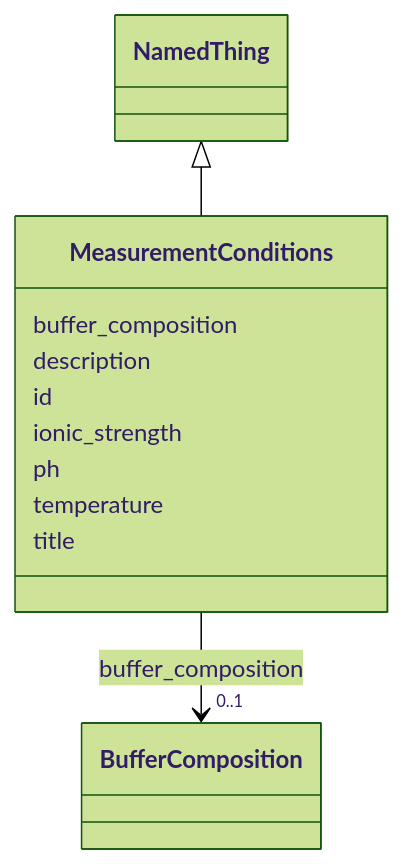
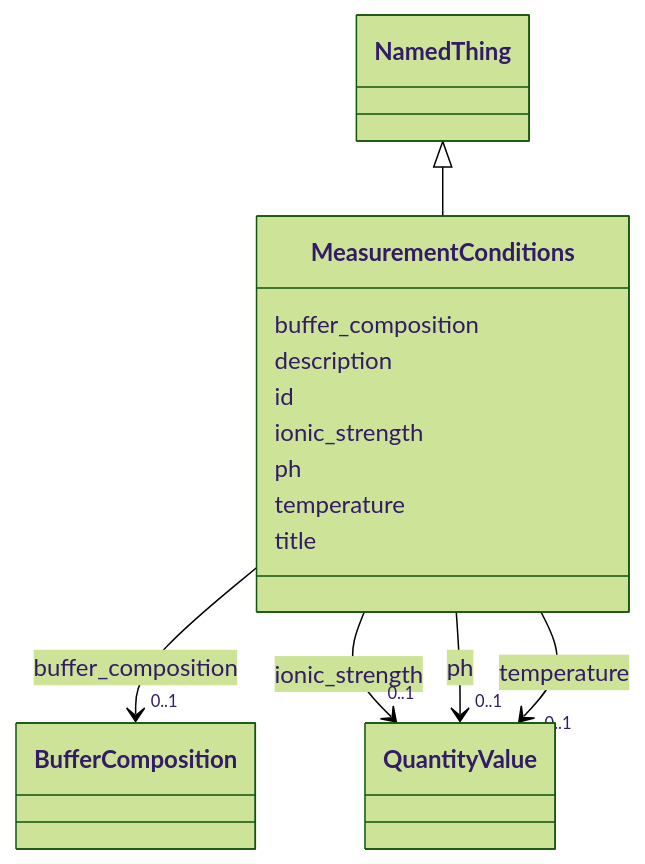
Before and after one commit to lambda-ber/lambda-ber-schema: the diagram in docs/elements/MeasurementConditions.md, drawn with Mermaid (forest theme). The commit also changed other lines of this file and 404 other files, not shown here.

Commit message:
Update schema artifacts

````diff
--- a/docs/elements/MeasurementConditions.md
+++ b/docs/elements/MeasurementConditions.md
@@ -18,32 +18,59 @@
 ```mermaid
  classDiagram
     class MeasurementConditions
     click MeasurementConditions href "../MeasurementConditions/"
       NamedThing <|-- MeasurementConditions
         click NamedThing href "../NamedThing/"
       
       MeasurementConditions : buffer_composition
         
           
     
         
         
         MeasurementConditions --> "0..1" BufferComposition : buffer_composition
         click BufferComposition href "../BufferComposition/"
     
 
         
       MeasurementConditions : description
         
       MeasurementConditions : id
         
       MeasurementConditions : ionic_strength
         
+          
+    
+        
+        
+        MeasurementConditions --> "0..1" QuantityValue : ionic_strength
+        click QuantityValue href "../QuantityValue/"
+    
+
+        
       MeasurementConditions : ph
         
+          
+    
+        
+        
+        MeasurementConditions --> "0..1" QuantityValue : ph
+        click QuantityValue href "../QuantityValue/"
+    
+
+        
       MeasurementConditions : temperature
+        
+          
+    
+        
+        
+        MeasurementConditions --> "0..1" QuantityValue : temperature
+        click QuantityValue href "../QuantityValue/"
+    
+
         
       MeasurementConditions : title
         
       
 ```
````
